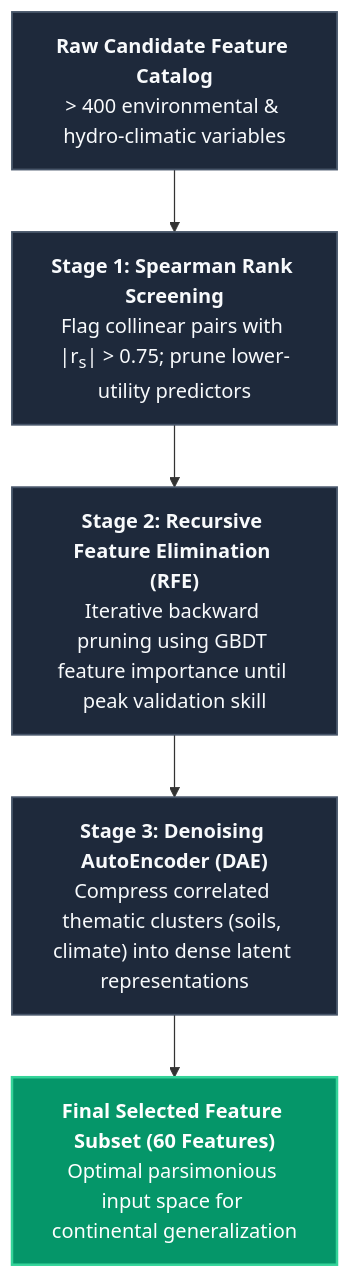
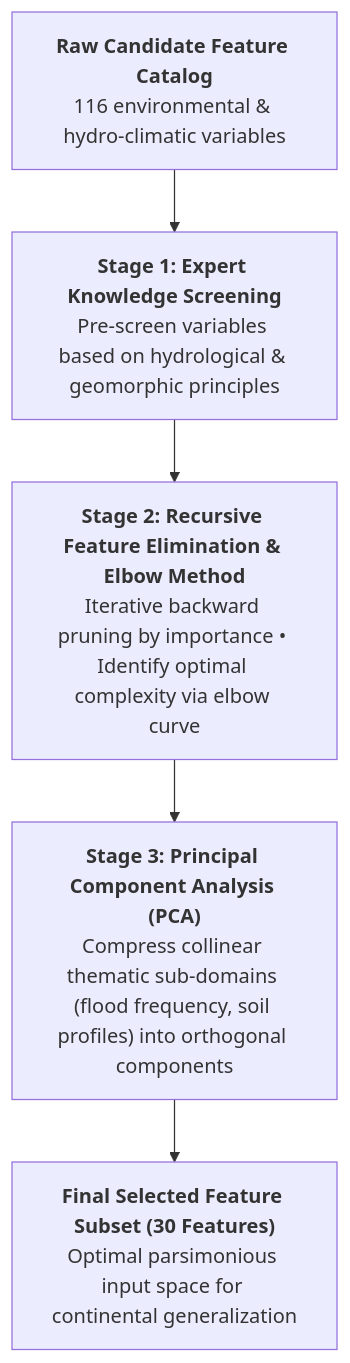
Before and after one commit to arashmodrad/ml_web: the third of 4 diagrams in docs/v1.0/tw/models.md, drawn with Mermaid. The commit also changed other lines of this file and 40 other files, not shown here.

````diff
--- a/docs/v1.0/tw/models.md
+++ b/docs/v1.0/tw/models.md
@@ -145,14 +128,16 @@
 ```mermaid
 flowchart TD
-    RAW["<b>Raw Candidate Feature Catalog</b><br/>&gt; 400 environmental & hydro-climatic variables"]
-    STEP1["<b>Stage 1: Spearman Rank Screening</b><br/>Flag collinear pairs with |r<sub>s</sub>| &gt; 0.75; prune lower-utility predictors"]
-    STEP2["<b>Stage 2: Recursive Feature Elimination (RFE)</b><br/>Iterative backward pruning using GBDT feature importance until peak validation skill"]
-    STEP3["<b>Stage 3: Denoising AutoEncoder (DAE)</b><br/>Compress correlated thematic clusters (soils, climate) into dense latent representations"]
-    FINAL["<b>Final Selected Feature Subset (60 Features)</b><br/>Optimal parsimonious input space for continental generalization"]
+    RAW["<b>Raw Candidate Feature Catalog</b><br/>116 environmental & hydro-climatic variables"]
+    STEP1["<b>Stage 1: Expert Knowledge Screening</b><br/>Pre-screen variables based on hydrological & geomorphic principles"]
+    STEP2["<b>Stage 2: Recursive Feature Elimination & Elbow Method</b><br/>Iterative backward pruning by importance &bull; Identify optimal complexity via elbow curve"]
+    STEP3["<b>Stage 3: Principal Component Analysis (PCA)</b><br/>Compress collinear thematic sub-domains (flood frequency, soil profiles) into orthogonal components"]
+    FINAL["<b>Final Selected Feature Subset (30 Features)</b><br/>Optimal parsimonious input space for continental generalization"]
 
     RAW --> STEP1 --> STEP2 --> STEP3 --> FINAL
 
-    classDef default fill:#1e293b,stroke:#475569,stroke-width:1.5px,color:#f8fafc;
-    classDef highlight fill:#059669,stroke:#34d399,stroke-width:2px,color:#ffffff;
-    class FINAL highlight;
+    class RAW highlight-blue;
+    class STEP1 highlight-blue;
+    class STEP2 highlight-orange;
+    class STEP3 highlight-teal;
+    class FINAL highlight-orange;
 ```
````
